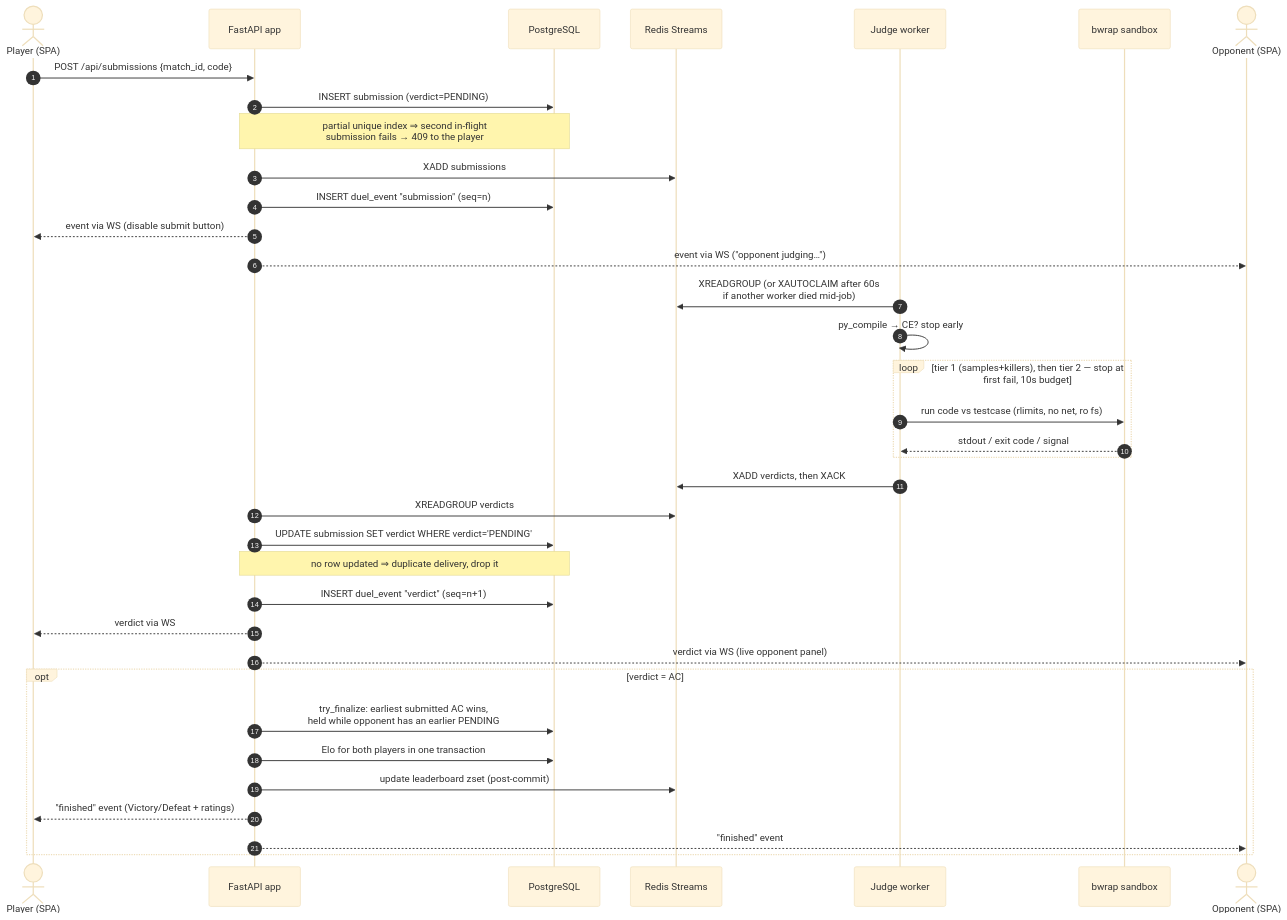
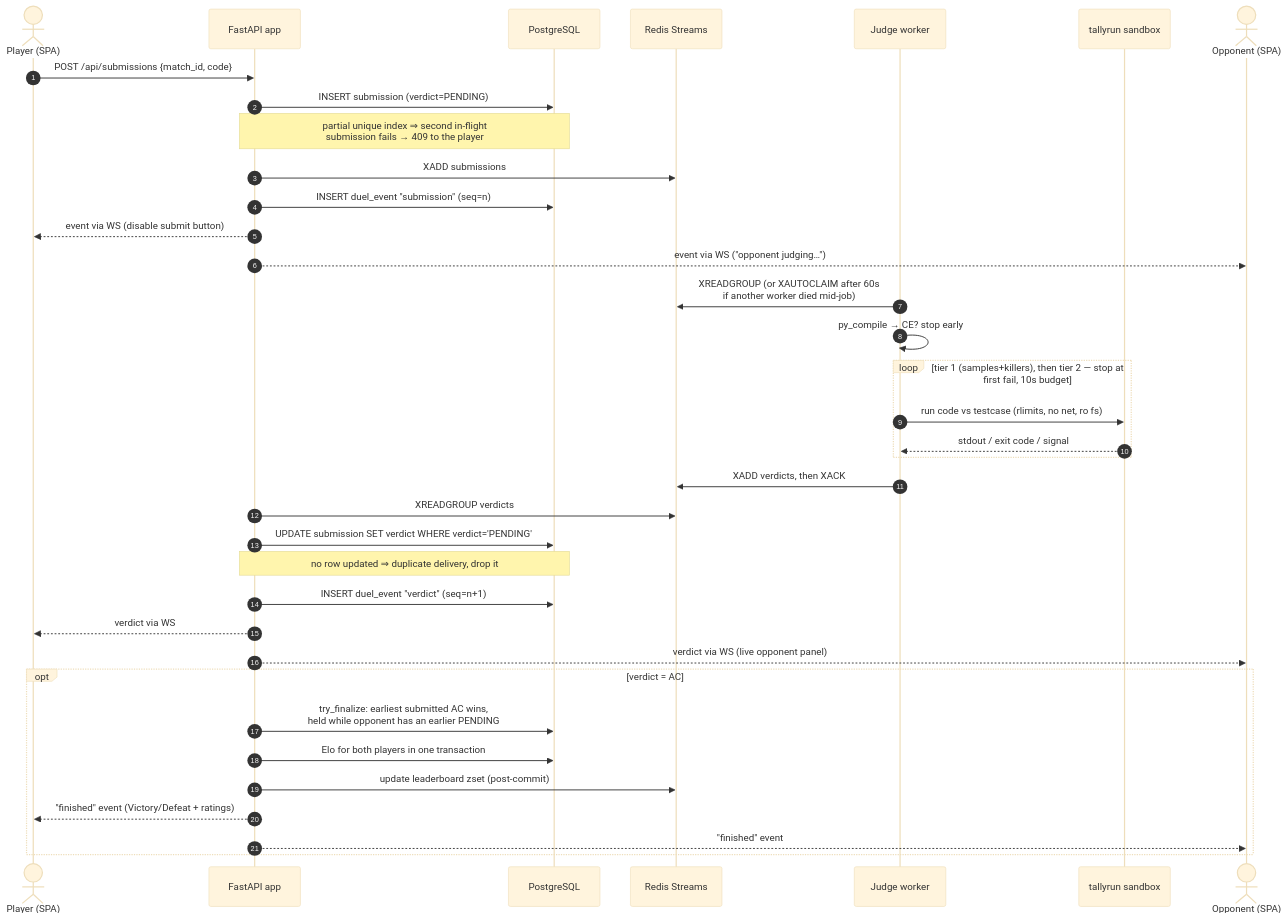
Before and after one commit to abdogad/code-clash: the second of 3 diagrams in docs/architecture.md, drawn with Mermaid (base theme). The commit also changed other lines of this file and 9 other files, not shown here.

Commit message:
using custom sandbox repo tallyrun for the project

````diff
--- a/docs/architecture.md
+++ b/docs/architecture.md
@@ -55,42 +55,42 @@
 ```mermaid
 sequenceDiagram
   autonumber
   actor P as Player (SPA)
   participant A as FastAPI app
   participant DB as PostgreSQL
   participant R as Redis Streams
   participant W as Judge worker
-  participant S as bwrap sandbox
+  participant S as tallyrun sandbox
   actor O as Opponent (SPA)
 
   P->>A: POST /api/submissions {match_id, code}
   A->>DB: INSERT submission (verdict=PENDING)
   Note over A,DB: partial unique index ⇒ second in-flight<br/>submission fails → 409 to the player
   A->>R: XADD submissions
   A->>DB: INSERT duel_event "submission" (seq=n)
   A-->>P: event via WS (disable submit button)
   A-->>O: event via WS ("opponent judging…")
 
   W->>R: XREADGROUP (or XAUTOCLAIM after 60s<br/>if another worker died mid-job)
   W->>W: py_compile → CE? stop early
   loop tier 1 (samples+killers), then tier 2 — stop at first fail, 10s budget
     W->>S: run code vs testcase (rlimits, no net, ro fs)
     S-->>W: stdout / exit code / signal
   end
   W->>R: XADD verdicts, then XACK
 
   A->>R: XREADGROUP verdicts
   A->>DB: UPDATE submission SET verdict WHERE verdict='PENDING'
   Note over A,DB: no row updated ⇒ duplicate delivery, drop it
   A->>DB: INSERT duel_event "verdict" (seq=n+1)
   A-->>P: verdict via WS
   A-->>O: verdict via WS (live opponent panel)
 
   opt verdict = AC
     A->>DB: try_finalize: earliest submitted AC wins,<br/>held while opponent has an earlier PENDING
     A->>DB: Elo for both players in one transaction
     A->>R: update leaderboard zset (post-commit)
     A-->>P: "finished" event (Victory/Defeat + ratings)
     A-->>O: "finished" event
   end
 ```
````
